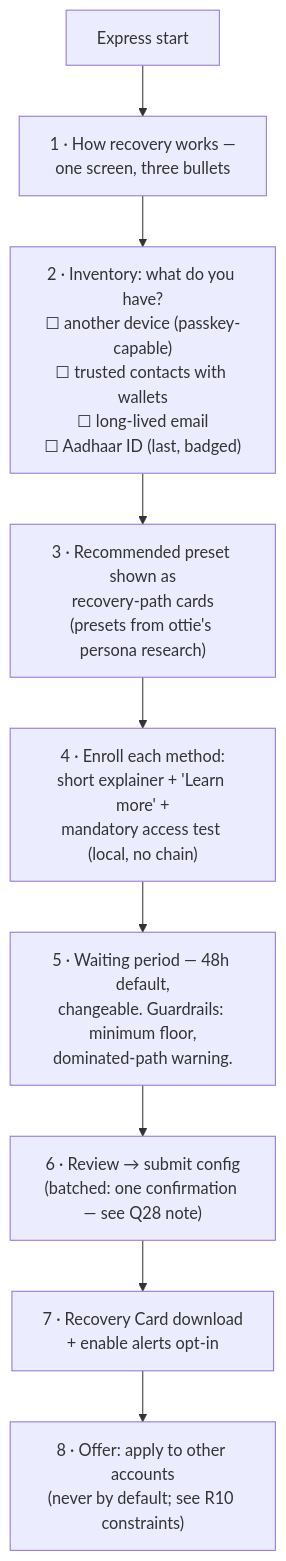
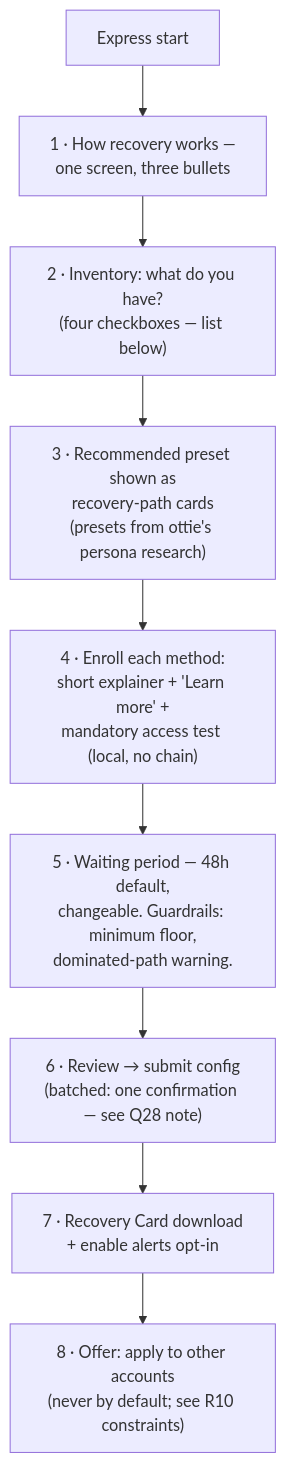
One commit to FiboAtWonder/kohaku-extension changed the fourth of 10 diagrams in social-recovery-ux-flows.md. Above: the diagram before and after it, drawn with Mermaid. The commit also changed other lines of this file and 1 other file, not shown here.

````diff
--- a/social-recovery-ux-flows.md
+++ b/social-recovery-ux-flows.md
@@ -136,11 +136,11 @@
 ```mermaid
 flowchart TD
     A[Express start] --> B["1 · How recovery works —<br/>one screen, three bullets"]
-    B --> C["2 · Inventory: what do you have?<br/>☐ another device (passkey-capable)<br/>☐ trusted contacts with wallets<br/>☐ long-lived email<br/>☐ Aadhaar ID (last, badged)"]
+    B --> C["2 · Inventory: what do you have?<br/>(four checkboxes — list below)"]
     C --> D["3 · Recommended preset shown as<br/>recovery-path cards<br/>(presets from ottie's persona research)"]
     D --> E["4 · Enroll each method:<br/>short explainer + 'Learn more' +<br/>mandatory access test (local, no chain)"]
     E --> F["5 · Waiting period — 48h default,<br/>changeable. Guardrails: minimum floor,<br/>dominated-path warning."]
     F --> G["6 · Review → submit config<br/>(batched: one confirmation — see Q28 note)"]
     G --> H["7 · Recovery Card download<br/>+ enable alerts opt-in"]
     H --> I["8 · Offer: apply to other accounts<br/>(never by default; see R10 constraints)"]
 ```
````
